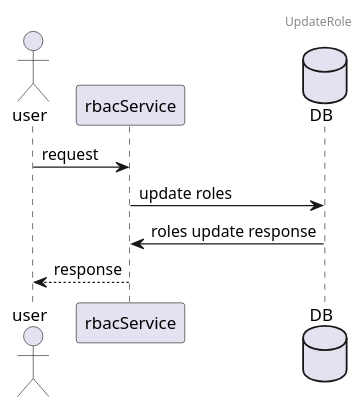
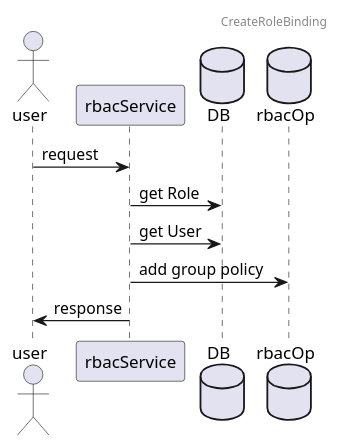
Diagram 22 of 23 in docs/api/appendix/plantuml/rudder.md (tkeel-io/docs), drawn with PlantUML before and after one commit. The commit also changed other lines of this file and 4 other files, not shown here.

Commit message:
feat:user&tenant&monitor uml

````diff
--- a/docs/api/appendix/plantuml/rudder.md
+++ b/docs/api/appendix/plantuml/rudder.md
@@ -631,13 +437,16 @@
 ```plantuml
 
-header UpdateRole
+header CreateRoleBinding
 
 actor user
 participant rbacService
 database DB
+database rbacOp
+
 user->rbacService:request
-rbacService->DB:update roles
-DB->rbacService:  roles update response
-rbacService-->user:response
+rbacService->DB:get Role
+rbacService->DB:get User
+rbacService->rbacOp:add group policy
+rbacService->user:response
 
 ```
````
